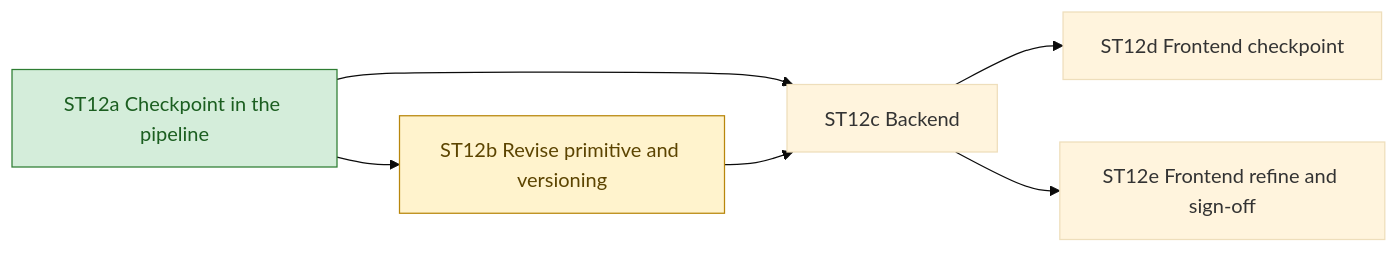
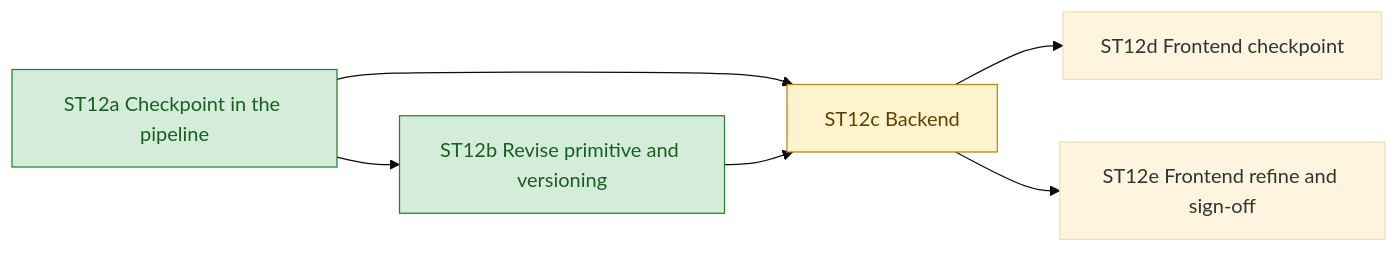
Before and after one commit to lofeodo/rfp-solution-summary-generator: the diagram in docs/hitl/ROADMAP.md, drawn with Mermaid (base theme). The commit also changed other lines of this file and 8 other files, not shown here.

First line of the commit message:
ST12b: docs (D45, D46, assumptions, prompt notes, usage, README, time log), step file what-was-done with the live run, index: ST12b done, ST12c ready

````diff
--- a/docs/hitl/ROADMAP.md
+++ b/docs/hitl/ROADMAP.md
@@ -40,12 +40,12 @@
 ```mermaid
 flowchart LR
     A[ST12a Checkpoint in the pipeline] --> B[ST12b Revise primitive and versioning]
     A --> C[ST12c Backend]
     C --> D[ST12d Frontend checkpoint]
     B --> C
     C --> E[ST12e Frontend refine and sign-off]
     classDef done fill:#d4edda,stroke:#2e7d32,color:#1b5e20
     classDef ready fill:#fff3cd,stroke:#b8860b,color:#5c4400
-    class A done
-    class B ready
+    class A,B done
+    class C ready
 ```
````
